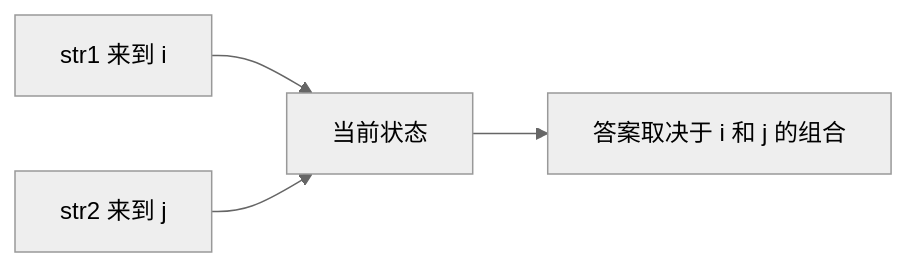
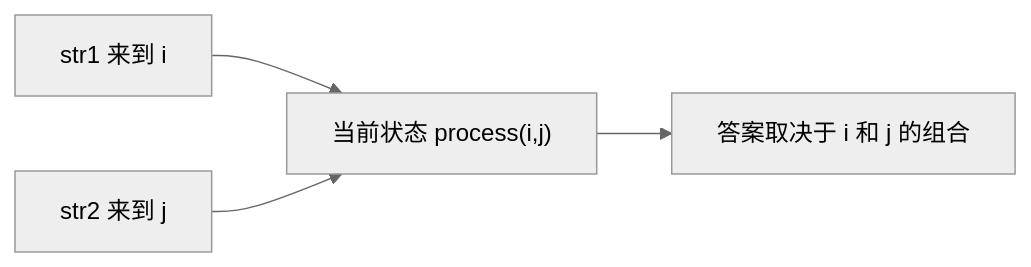
The first of 3 diagrams in my-notes/01-基础巩固/13-暴力递归到动态规划2-尝试模型/14-尝试模型3-多样本位置全对应-最长公共子序列.md (freeedoooooo/algs), drawn with Mermaid (neutral theme) before and after one commit. The commit also changed other lines of this file, not shown here.

````diff
--- a/my-notes/01-基础巩固/13-暴力递归到动态规划2-尝试模型/14-尝试模型3-多样本位置全对应-最长公共子序列.md
+++ b/my-notes/01-基础巩固/13-暴力递归到动态规划2-尝试模型/14-尝试模型3-多样本位置全对应-最长公共子序列.md
@@ -96,6 +105,6 @@
 ```mermaid
 graph LR
-    A["str1 来到 i"] --> C["当前状态"]
+    A["str1 来到 i"] --> C["当前状态 process(i,j)"]
     B["str2 来到 j"] --> C
     C --> D["答案取决于 i 和 j 的组合"]
 ```
````
